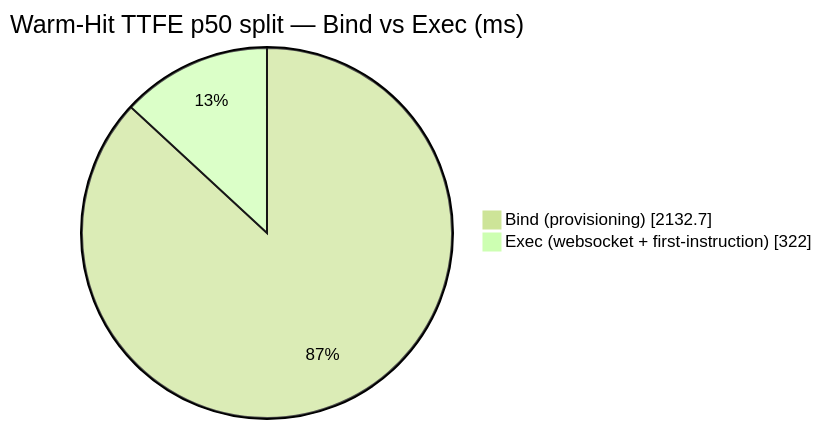
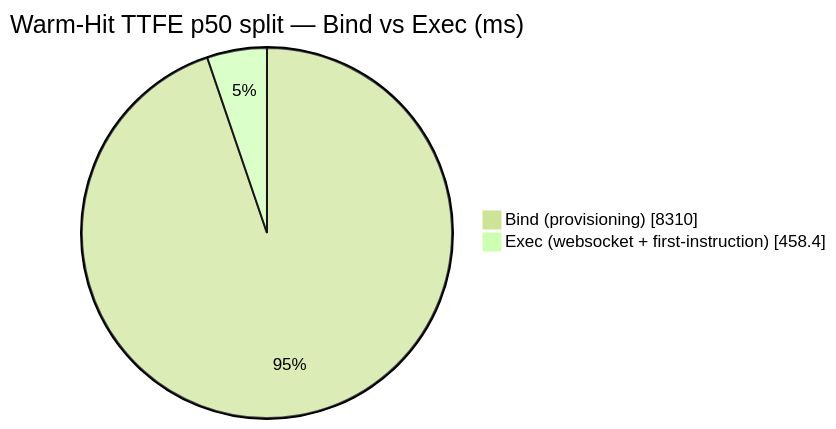
One commit to AlexBulankou/honest-bench changed the diagram in DETAILS.md. Above: the diagram before and after it, drawn with Mermaid (forest theme). The commit also changed other lines of this file and 4 other files, not shown here.

````diff
--- a/DETAILS.md
+++ b/DETAILS.md
@@ -108,6 +109,6 @@
 ```mermaid
 pie showData
     title Warm-Hit TTFE p50 split — Bind vs Exec (ms)
-    "Bind (provisioning)" : 2132.7
-    "Exec (websocket + first-instruction)" : 322.0
+    "Bind (provisioning)" : 8310.0
+    "Exec (websocket + first-instruction)" : 458.4
 ```
````
